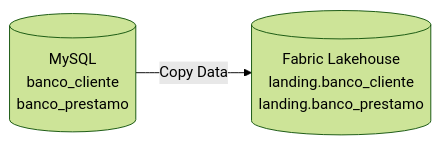
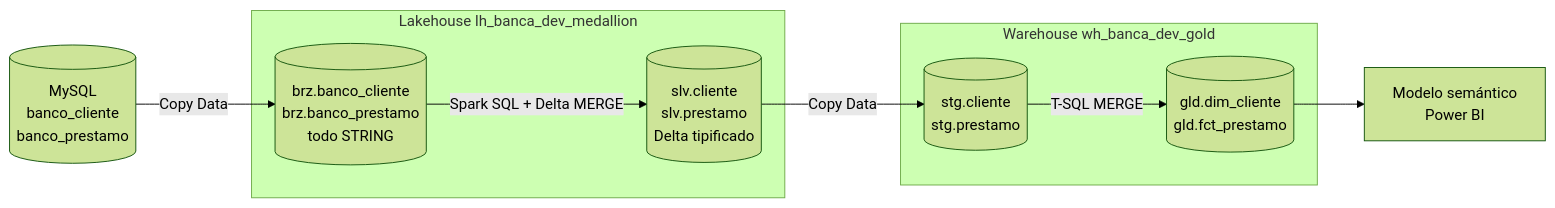
Before and after one commit to juansalinasponce/Apache-Spark-Labs: the diagram in lab08-fabric-lakehouse-landing-clientes-prestamos/README.md, drawn with Mermaid (forest theme). The commit also changed other lines of this file and 12 other files, not shown here.

Commit message:
Extend Fabric lab with Lakehouse Silver and Warehouse Gold

````diff
--- a/lab08-fabric-lakehouse-landing-clientes-prestamos/README.md
+++ b/lab08-fabric-lakehouse-landing-clientes-prestamos/README.md
@@ -21,7 +16,22 @@
 ```mermaid
 flowchart LR
     A[(MySQL<br/>banco_cliente<br/>banco_prestamo)]
-    B[(Fabric Lakehouse<br/>landing.banco_cliente<br/>landing.banco_prestamo)]
+
+    subgraph LH[Lakehouse lh_banca_dev_medallion]
+        B[(brz.banco_cliente<br/>brz.banco_prestamo<br/>todo STRING)]
+        C[(slv.cliente<br/>slv.prestamo<br/>Delta tipificado)]
+    end
+
+    subgraph WH[Warehouse wh_banca_dev_gold]
+        D[(stg.cliente<br/>stg.prestamo)]
+        E[(gld.dim_cliente<br/>gld.fct_prestamo)]
+    end
+
+    F[Modelo semántico<br/>Power BI]
 
     A -->|Copy Data| B
+    B -->|Spark SQL + Delta MERGE| C
+    C -->|Copy Data| D
+    D -->|T-SQL MERGE| E
+    E --> F
 ```
````
